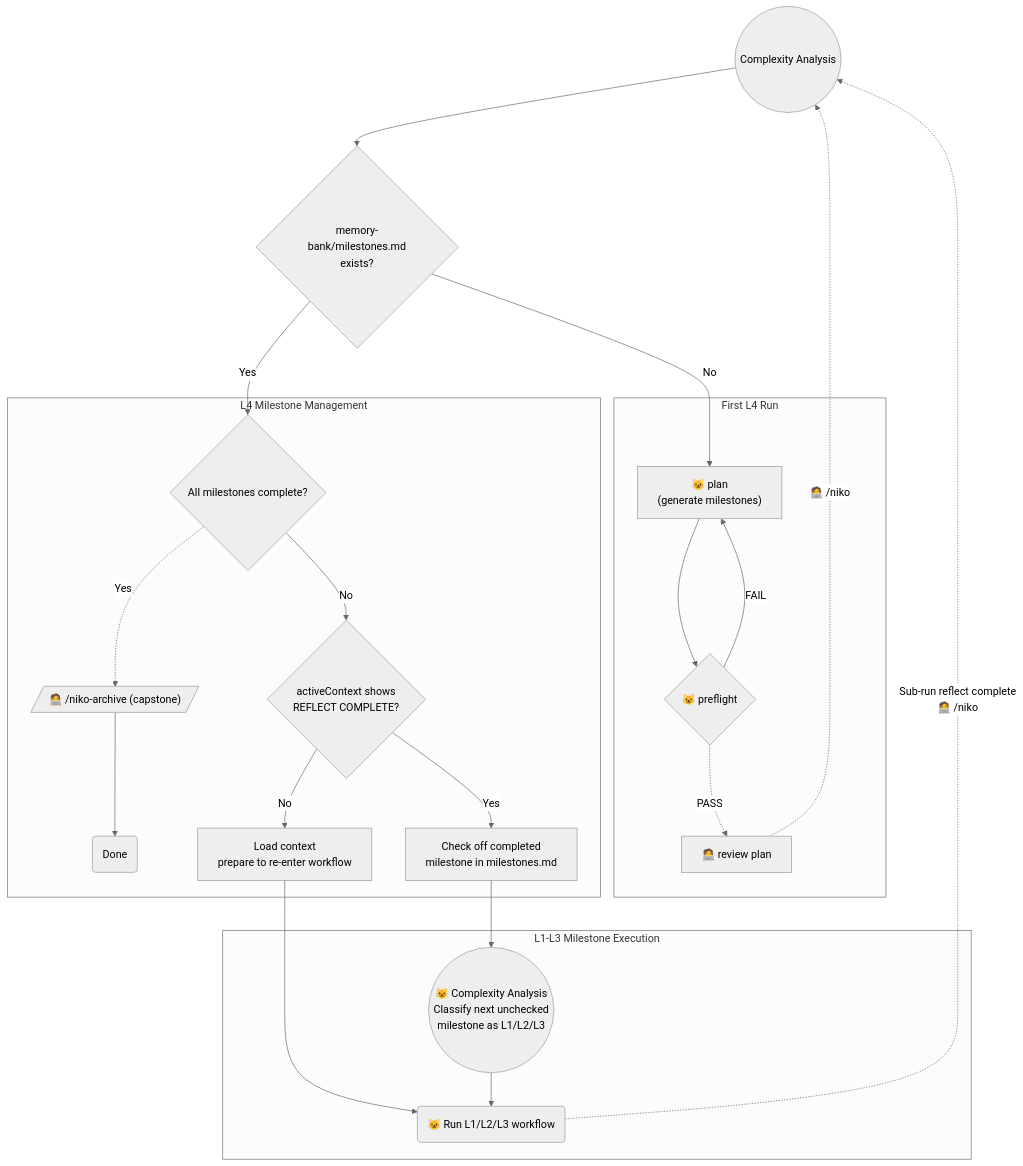
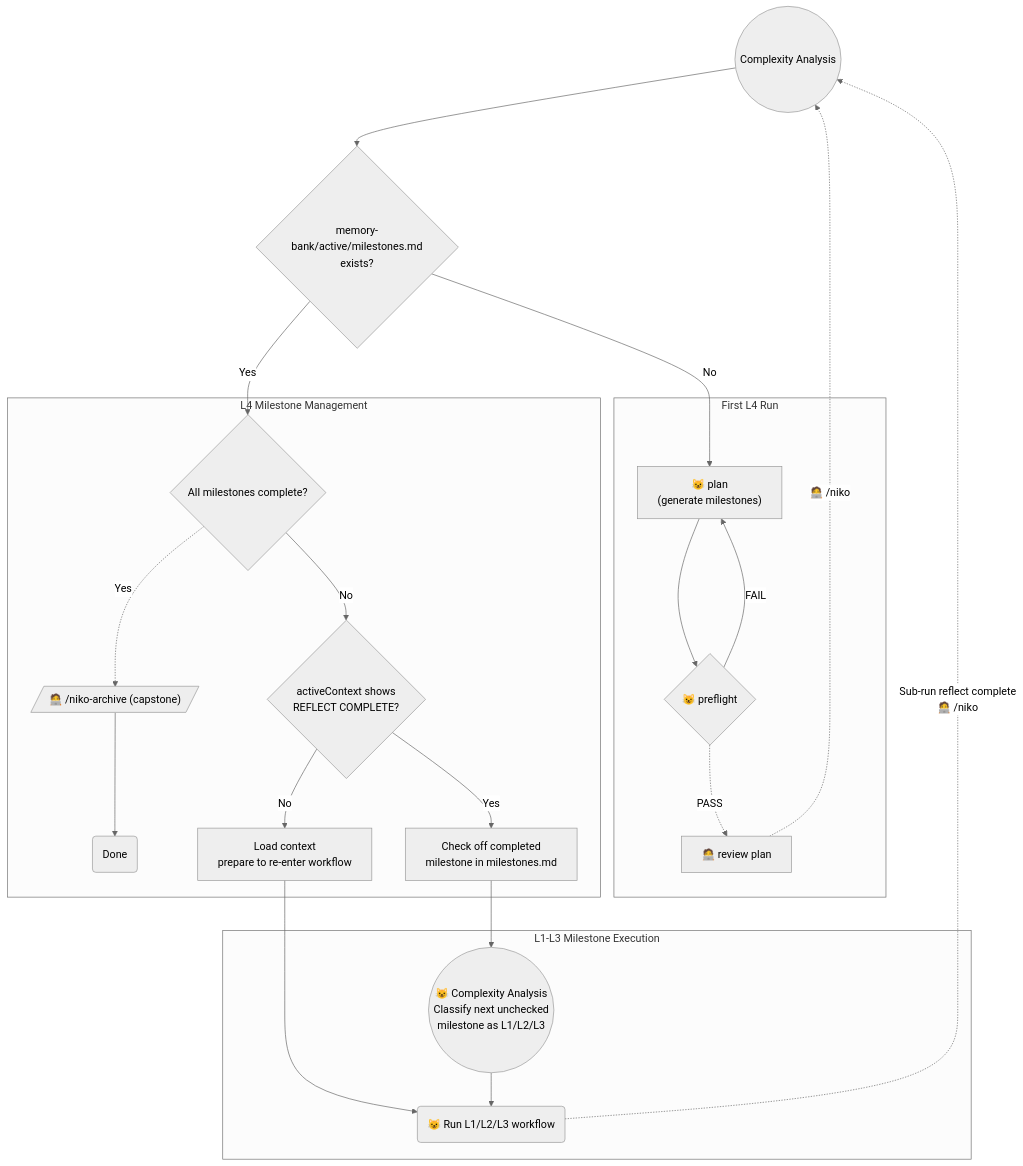
One commit to Texarkanine/.cursor-rules changed the diagram in rulesets/niko2/niko/level4/level4-workflow.mdc. Above: the diagram before and after it, drawn with Mermaid (neutral theme). The commit also changed other lines of this file and 40 other files, not shown here.

Commit message:
feat(niko): use 'active' subdir for ephemeral memory bank files (#45)

````diff
--- a/rulesets/niko2/niko/level4/level4-workflow.mdc
+++ b/rulesets/niko2/niko/level4/level4-workflow.mdc
@@ -11,48 +11,48 @@
 ```mermaid
 graph TD
 
     Start(("Complexity Analysis"))
-    CheckIfMilestones{"memory-bank/milestones.md<br>exists?"}
+    CheckIfMilestones{"memory-bank/active/milestones.md<br>exists?"}
 
     subgraph Init["First L4 Run"]
         NikoPlan["😺 plan<br>(generate milestones)"]
         NikoPreflight{"😺 preflight"}
         ManualReview["🧑‍💻 review plan"]
     end
 
     subgraph ReEntry["L4 Milestone Management"]
         CheckMilestoneCompletion{"All milestones complete?"}
         Capstone[/"🧑‍💻 /niko-archive (capstone)"/]
         Capstone -->Done("Done")
         PrevDone{"activeContext shows<br>REFLECT COMPLETE?"}
         CheckOff["Check off completed<br>milestone in milestones.md"]
         Resume["Load context<br>prepare to re-enter workflow"]
     end
 
     subgraph SubWorkflow["L1-L3 Milestone Execution"]
         NextSub(("😺 Complexity Analysis<br>Classify next unchecked<br>milestone as L1/L2/L3"))
         SubRun("😺 Run L1/L2/L3 workflow")
     end
 
     Start --> CheckIfMilestones
 
     CheckIfMilestones -->|"No"| NikoPlan
     NikoPlan --> NikoPreflight
     NikoPreflight -->|"FAIL"| NikoPlan
 
     NikoPreflight -.->|"PASS"| ManualReview
     ManualReview -.->|"🧑‍💻 /niko"| Start
 
     CheckIfMilestones -->|"Yes"| CheckMilestoneCompletion
     CheckMilestoneCompletion -.->|"Yes"| Capstone
 
     CheckMilestoneCompletion -->|"No"| PrevDone
     PrevDone --"Yes"--> CheckOff
     CheckOff --> NextSub
 
     PrevDone --"No"--> Resume
     Resume --> SubRun
 
     NextSub --> SubRun
     SubRun -.->|"Sub-run reflect complete<br>🧑‍💻 /niko"| Start
 ```
````
